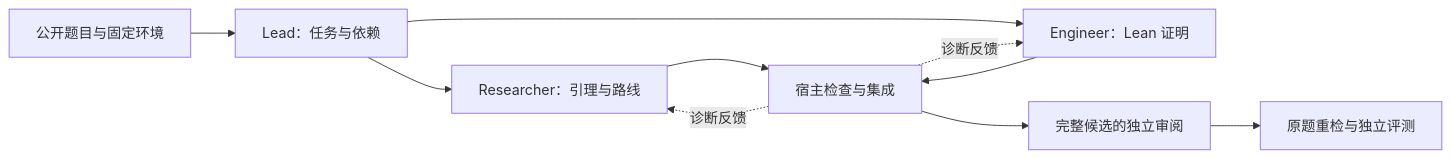
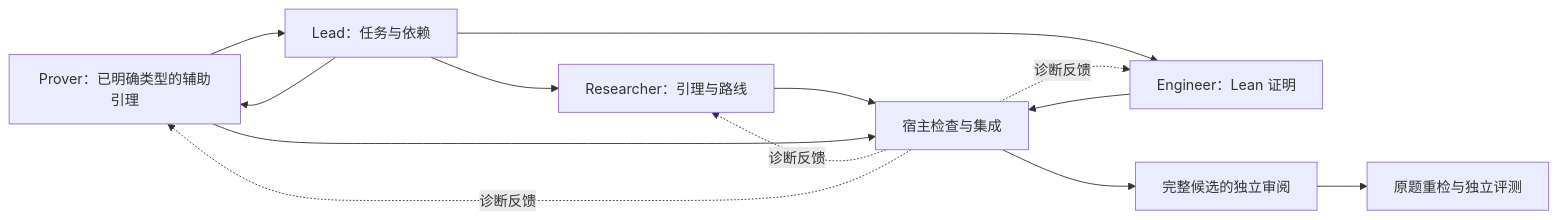
The diagram in docs/usage.md (LikC1606/theorem-os), drawn with Mermaid before and after one commit. The commit also changed other lines of this file and 106 other files, not shown here.

````diff
--- a/docs/usage.md
+++ b/docs/usage.md
@@ -190,12 +212,15 @@
 ```mermaid
 flowchart LR
     P[公开题目与固定环境] --> L[Lead：任务与依赖]
     L --> R[Researcher：引理与路线]
+    L --> P[Prover：已明确类型的辅助引理]
     L --> E[Engineer：Lean 证明]
     R --> C[宿主检查与集成]
+    P --> C
     E --> C
     C -. 诊断反馈 .-> R
+    C -. 诊断反馈 .-> P
     C -. 诊断反馈 .-> E
     C --> V[完整候选的独立审阅]
     V --> A[原题重检与独立评测]
 ```
````
